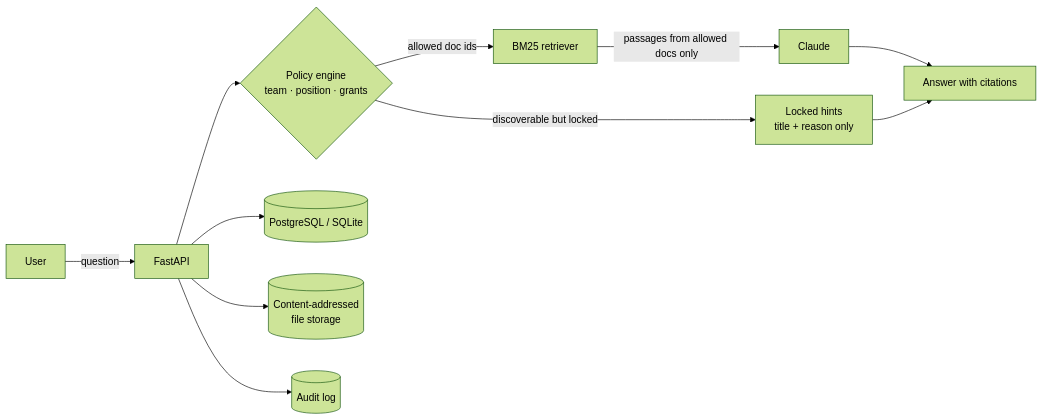
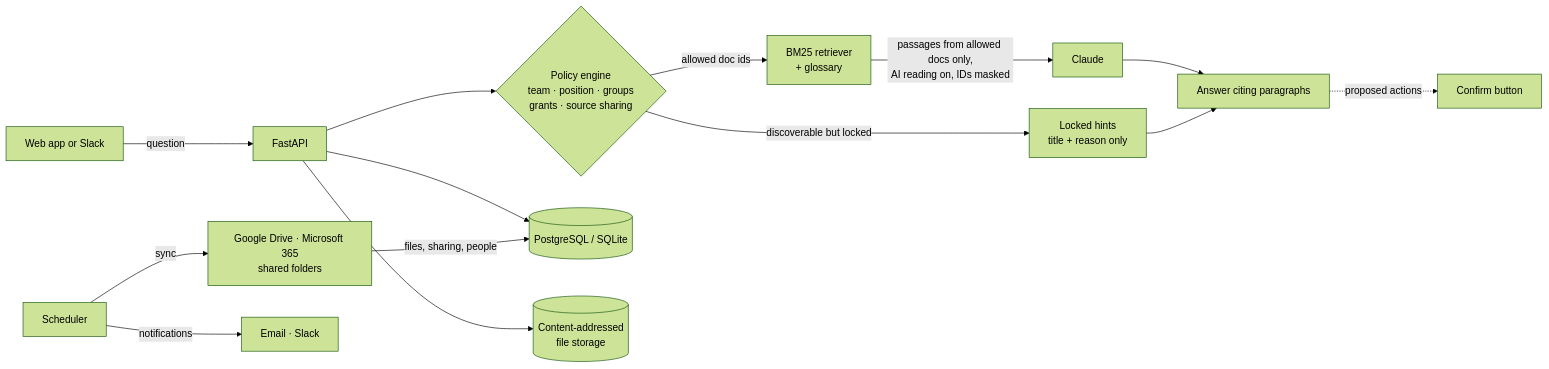
One commit to rishabhra4-byte/vaultmind changed the diagram in README.md. Above: the diagram before and after it, drawn with Mermaid (forest theme). The commit also changed other lines of this file and 11 other files, not shown here.

````diff
--- a/README.md
+++ b/README.md
@@ -55,13 +77,16 @@
 ```mermaid
 flowchart LR
-    U[User] -->|question| API[FastAPI]
-    API --> P{Policy engine<br/>team · position · grants}
-    P -->|allowed doc ids| R[BM25 retriever]
-    R -->|passages from allowed docs only| LLM[Claude]
+    U[Web app or Slack] -->|question| API[FastAPI]
+    API --> P{Policy engine<br/>team · position · groups<br/>grants · source sharing}
+    P -->|allowed doc ids| R[BM25 retriever<br/>+ glossary]
+    R -->|passages from allowed docs only,<br/>AI reading on, IDs masked| LLM[Claude]
     P -->|discoverable but locked| H[Locked hints<br/>title + reason only]
-    LLM --> A[Answer with citations]
+    LLM --> A[Answer citing paragraphs]
     H --> A
+    A -.->|proposed actions| C[Confirm button]
     API --> DB[(PostgreSQL / SQLite)]
     API --> S[(Content-addressed<br/>file storage)]
-    API --> L[(Audit log)]
+    SCH[Scheduler] -->|sync| SRC[Google Drive · Microsoft 365<br/>shared folders]
+    SCH -->|notifications| N[Email · Slack]
+    SRC -->|files, sharing, people| DB
 ```
````
